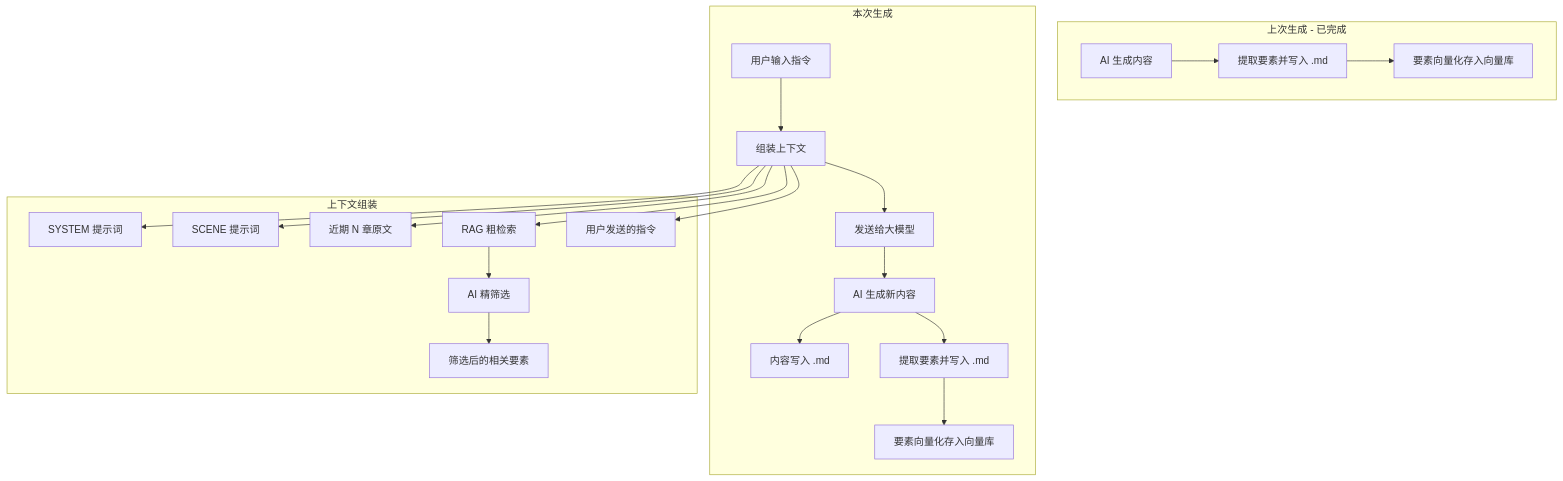
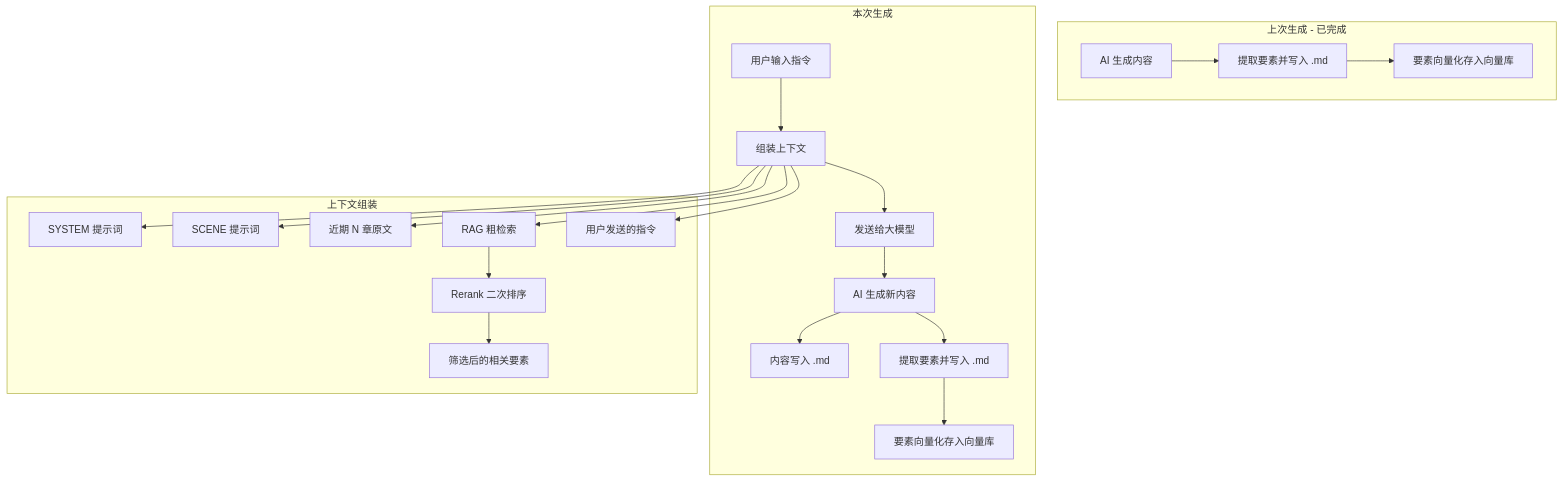
Before and after one commit to honlnk/NovAI-document: the diagram in NovAI产品规划.md, drawn with Mermaid. The commit also changed other lines of this file and 9 other files, not shown here.

````diff
--- a/NovAI产品规划.md
+++ b/NovAI产品规划.md
@@ -95,26 +95,26 @@
 ```mermaid
 graph TD
     subgraph last["上次生成 - 已完成"]
         A1[AI 生成内容] --> A2[提取要素并写入 .md]
         A2 --> A3[要素向量化存入向量库]
     end
 
     subgraph current["本次生成"]
         B1[用户输入指令] --> B2[组装上下文]
         B2 --> B5[发送给大模型]
         B5 --> B4[AI 生成新内容]
         B4 --> B6[内容写入 .md]
         B4 --> B7[提取要素并写入 .md]
         B7 --> B8[要素向量化存入向量库]
     end
 
     subgraph ctx["上下文组装"]
         B2 --> C1[SYSTEM 提示词]
         B2 --> C2[SCENE 提示词]
         B2 --> C6[近期 N 章原文]
         B2 --> C3[RAG 粗检索]
-        C3 --> C4[AI 精筛选]
+        C3 --> C4[Rerank 二次排序]
         C4 --> C5[筛选后的相关要素]
         B2 --> C7[用户发送的指令]
     end
 ```
````
